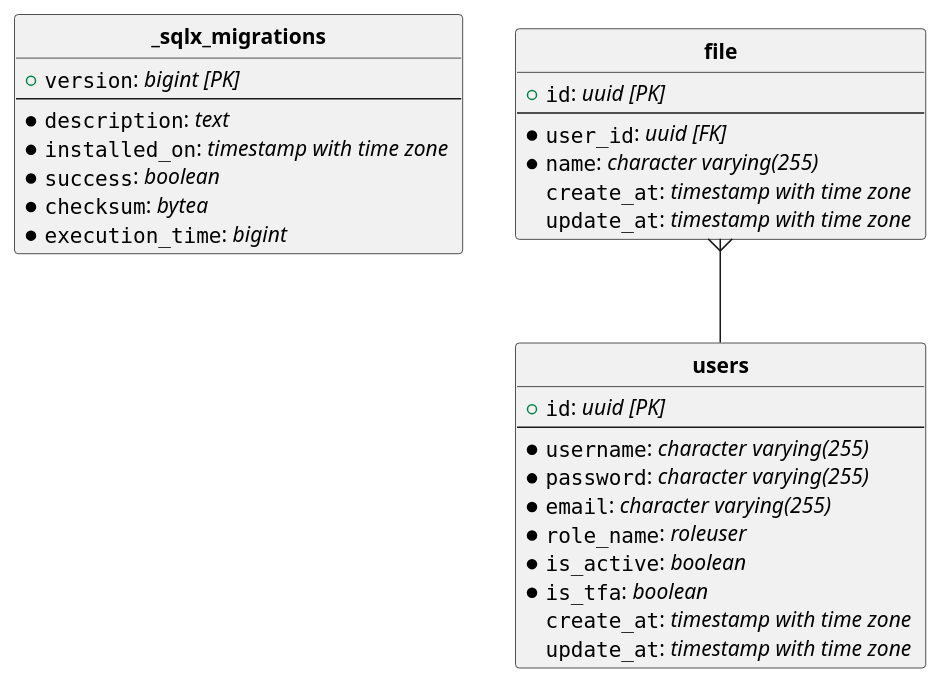
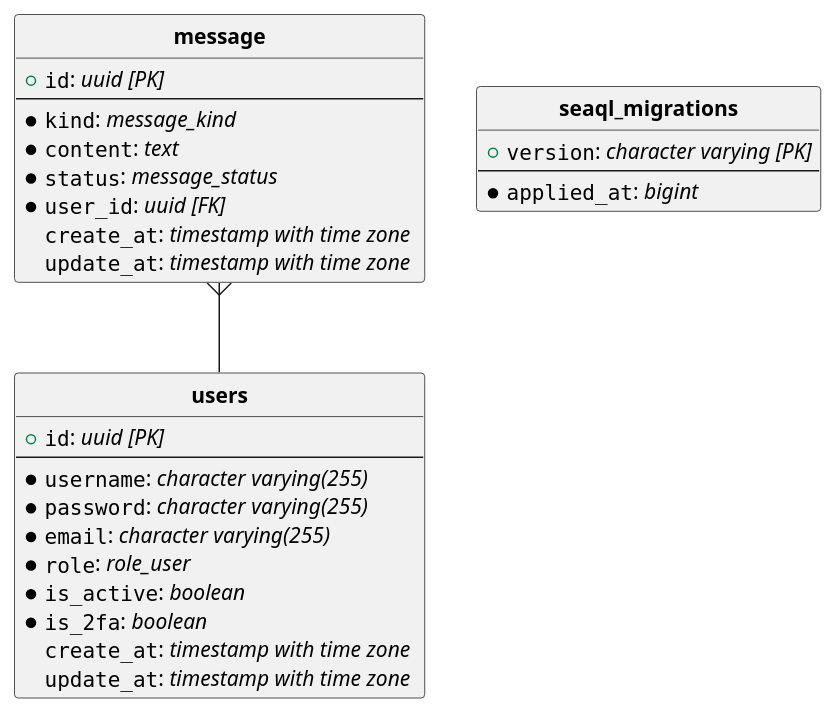
The diagram in docs/schema.puml (robatipoor/rustfulapi), drawn with PlantUML before and after one commit. The commit also changed 234 other files, not shown here.

```diff
--- a/docs/schema.puml
+++ b/docs/schema.puml
@@ -1,38 +1,36 @@
 @startuml
 hide circle
 skinparam linetype ortho
 
-entity "**_sqlx_migrations**" {
-  + ""version"": //bigint [PK]//
+entity "**message**" {
+  + ""id"": //uuid [PK]//
   --
-  *""description"": //text //
-  *""installed_on"": //timestamp with time zone //
-  *""success"": //boolean //
-  *""checksum"": //bytea //
-  *""execution_time"": //bigint //
+  *""kind"": //message_kind //
+  *""content"": //text //
+  *""status"": //message_status //
+  *""user_id"": //uuid [FK]//
+  ""create_at"": //timestamp with time zone //
+  ""update_at"": //timestamp with time zone //
 }
 
-entity "**file**" {
-  + ""id"": //uuid [PK]//
+entity "**seaql_migrations**" {
+  + ""version"": //character varying [PK]//
   --
-  *""user_id"": //uuid [FK]//
-  *""name"": //character varying(255) //
-  ""create_at"": //timestamp with time zone //
-  ""update_at"": //timestamp with time zone //
+  *""applied_at"": //bigint //
 }
 
 entity "**users**" {
   + ""id"": //uuid [PK]//
   --
   *""username"": //character varying(255) //
   *""password"": //character varying(255) //
   *""email"": //character varying(255) //
-  *""role_name"": //roleuser //
+  *""role"": //role_user //
   *""is_active"": //boolean //
-  *""is_tfa"": //boolean //
+  *""is_2fa"": //boolean //
   ""create_at"": //timestamp with time zone //
   ""update_at"": //timestamp with time zone //
 }
 
-"**file**"   }--  "**users**"
+"**message**"   }--  "**users**"
 @enduml
```
